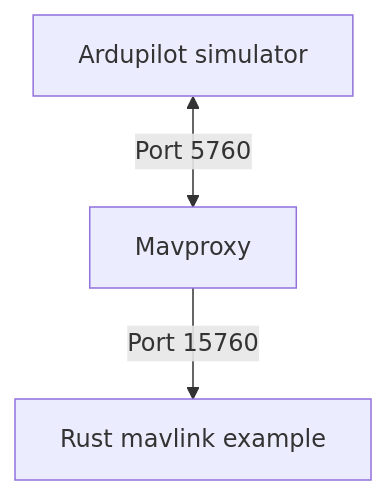
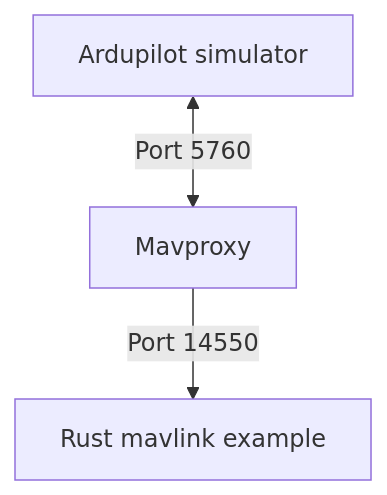
One commit to sulevsky/mavlink-rust-edu changed the diagram in readme.md. Above: the diagram before and after it, drawn with Mermaid. The commit also changed other lines of this file and 3 other files, not shown here.

````diff
--- a/readme.md
+++ b/readme.md
@@ -20,9 +19,8 @@
 ```mermaid
-
 flowchart TD
     A["Ardupilot simulator"]
     B["Mavproxy"]
     C["Rust mavlink example"]
     A <-->|Port 5760|B
-    B --> |Port 15760|C
+    B --> |Port 14550|C
 ```
````
